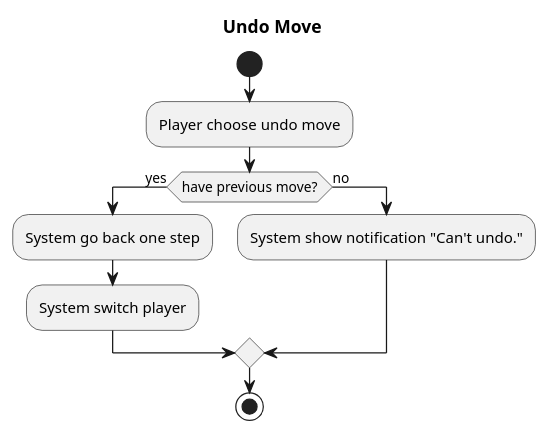
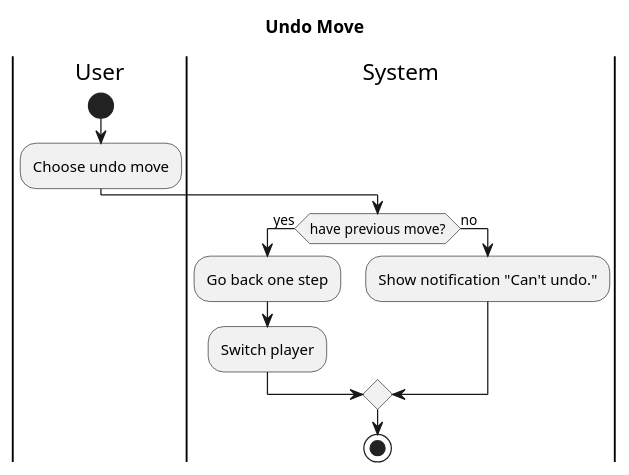
One commit to duyhq-zee1/chess-game changed the diagram in activity/undo-move.puml. Above: the diagram before and after it, drawn with PlantUML. The commit also changed 3 other files, not shown here.

Commit message:
docs :add land activity diagram

```diff
--- a/activity/undo-move.puml
+++ b/activity/undo-move.puml
@@ -1,13 +1,14 @@
 @startuml "Activity diagram"
 title "Undo Move"
-
+|User|
 start
-:Player choose undo move;
+:Choose undo move;
+|System|
 if (have previous move?) then (yes)
-    :System go back one step;
-    :System switch player;
+    :Go back one step;
+    :Switch player;
 else (no)
-    :System show notification "Can't undo.";
+    :Show notification "Can't undo.";
 endif
 stop
 @enduml
```
